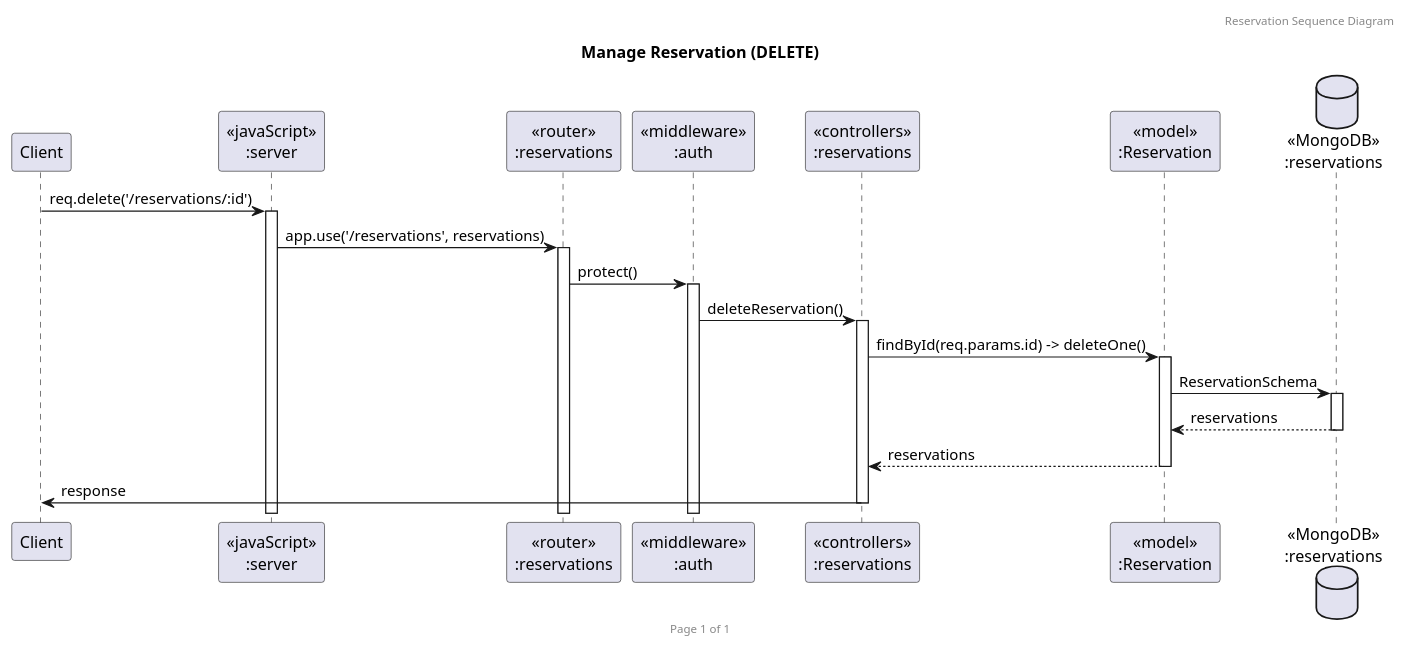
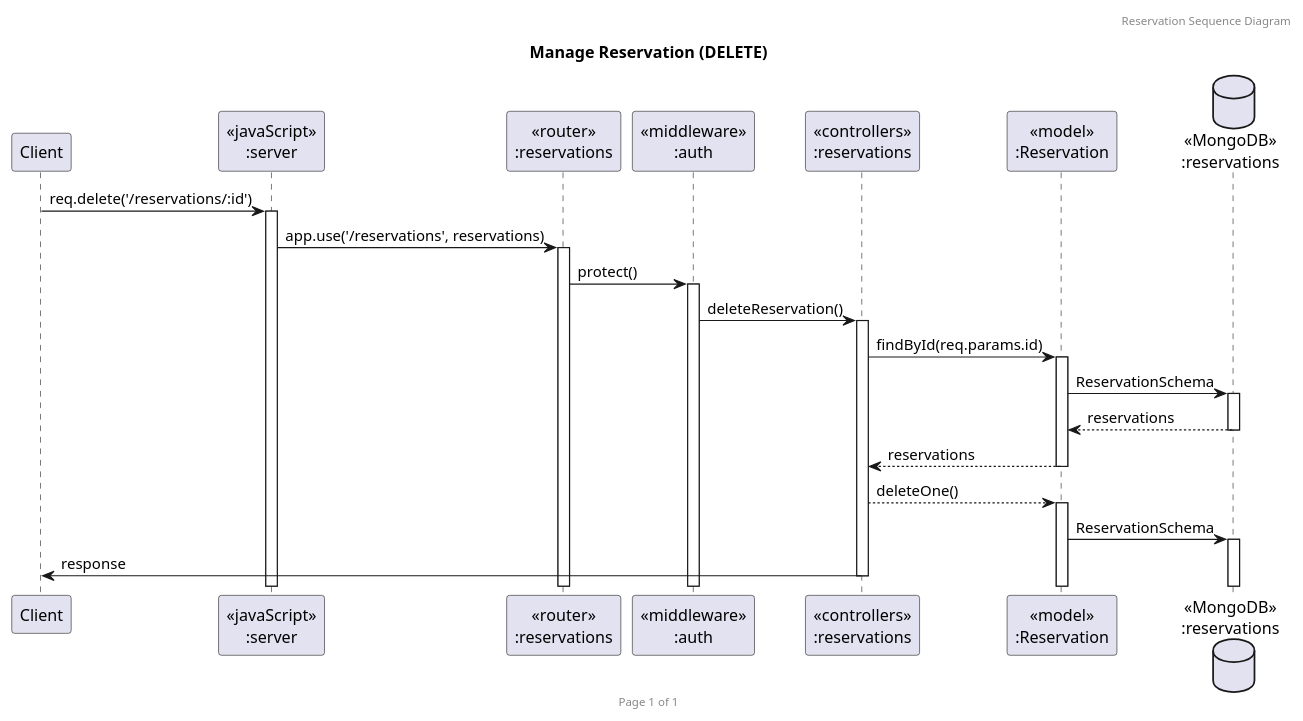
The diagram in DeleteRes.puml (2110503TACEDT66/presentation-day-1-organic-soi-ju), drawn with PlantUML before and after one commit. The commit also changed 4 other files, not shown here.

Commit message:
Fix SeqDiagrams (delete, authorize)

```diff
--- a/DeleteRes.puml
+++ b/DeleteRes.puml
@@ -1,25 +1,27 @@
 @startuml Manage Reservation (DELETE)
 
 header Reservation Sequence Diagram
 footer Page %page% of %lastpage%
 title "Manage Reservation (DELETE)"
 
 participant "Client" as client
 participant "<<javaScript>>\n:server" as server
 participant "<<router>>\n:reservations" as routerReservations
 participant "<<middleware>>\n:auth" as middleware
 participant "<<controllers>>\n:reservations" as controllersReservations
 participant "<<model>>\n:Reservation" as modelReservation
 database "<<MongoDB>>\n:reservations" as ReservationsDatabase
 
 client->server ++:req.delete('/reservations/:id')
 server->routerReservations ++:app.use('/reservations', reservations)
 routerReservations -> middleware ++: protect()
 middleware -> controllersReservations ++:deleteReservation()
-controllersReservations -> modelReservation ++: findById(req.params.id) -> deleteOne()
+controllersReservations -> modelReservation ++: findById(req.params.id)
 modelReservation ->ReservationsDatabase ++: ReservationSchema
 ReservationsDatabase --> modelReservation --: reservations
 controllersReservations <-- modelReservation --:reservations
+controllersReservations --> modelReservation ++: deleteOne()
+modelReservation -> ReservationsDatabase ++: ReservationSchema
 controllersReservations->client --:response
 
 @enduml
```
